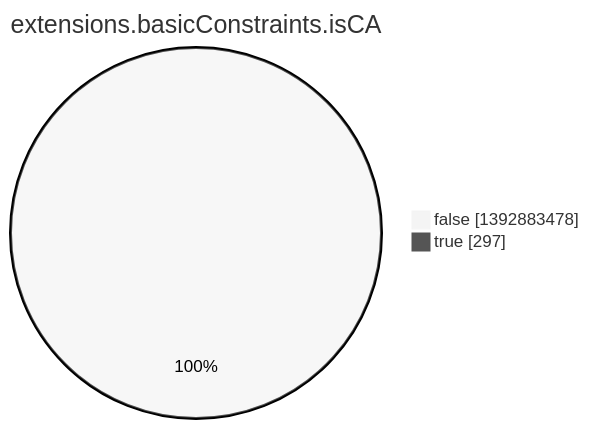
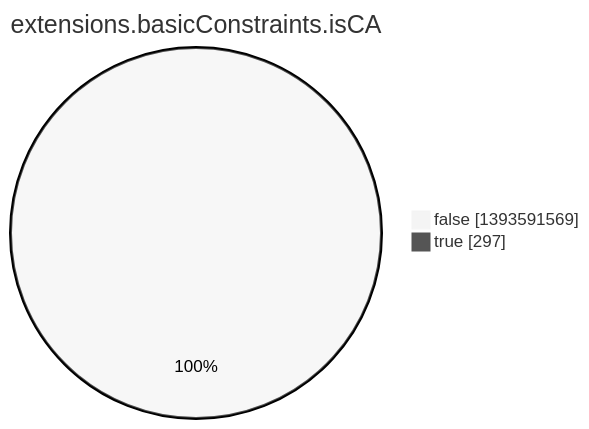
The eighth of 15 diagrams in argon2022/README.md (christiankrug/ctmonitor_visualization), drawn with Mermaid (neutral theme) before and after one commit. The commit also changed other lines of this file, not shown here.

````diff
--- a/argon2022/README.md
+++ b/argon2022/README.md
@@ -2759,6 +2759,6 @@
 ```mermaid
 pie showData
 title extensions.basicConstraints.isCA
-"false" :1392883478
+"false" :1393591569
 "true" :297
 ```
````
